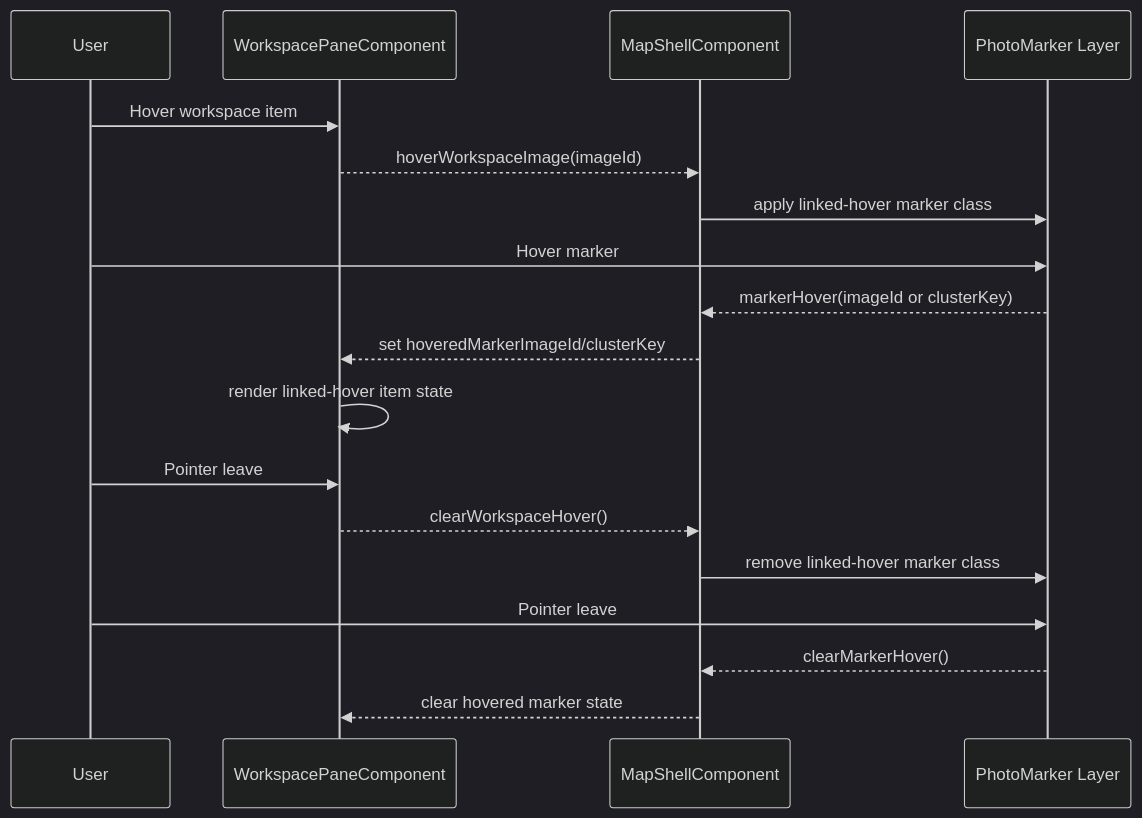
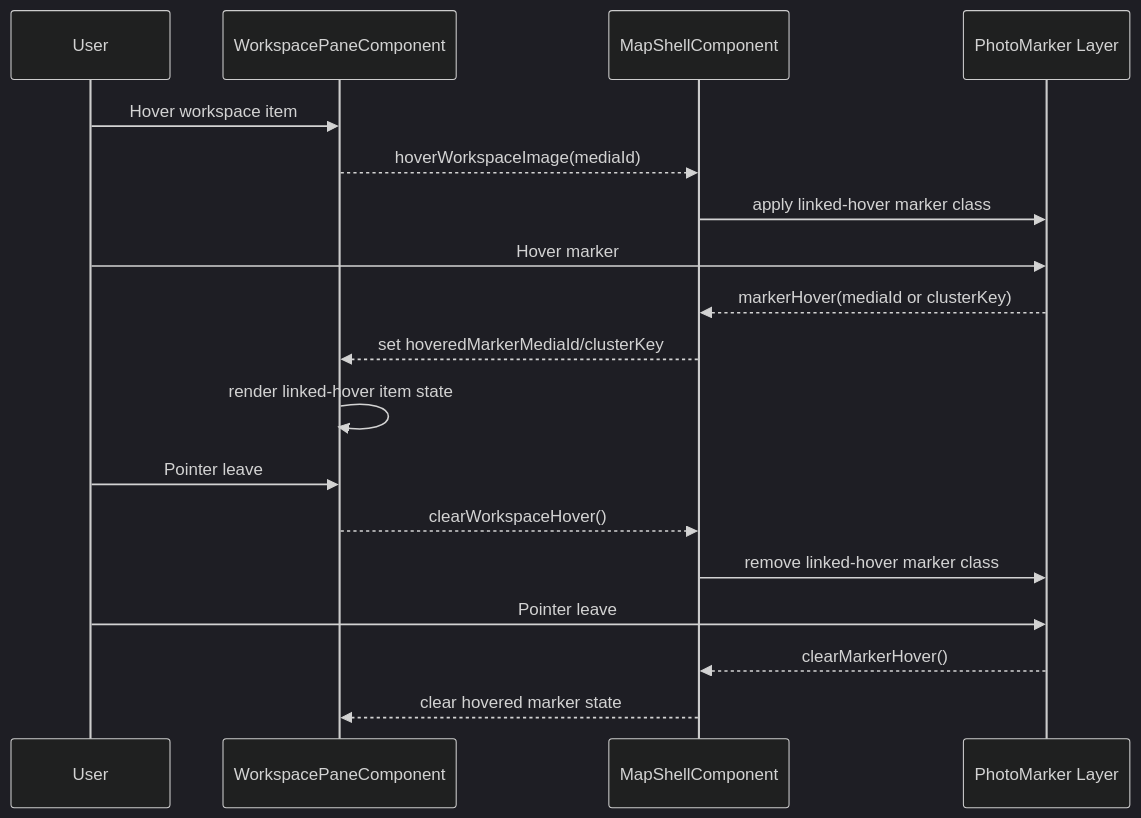
One commit to matkleve/feldpost changed the fifth of 5 diagrams in docs/element-specs/workspace-pane.md. Above: the diagram before and after it, drawn with Mermaid (dark theme). The commit also changed other lines of this file and 19 other files, not shown here.

First line of the commit message:
refactor: update references from imageId to mediaId across documentation

````diff
--- a/docs/element-specs/workspace-pane.md
+++ b/docs/element-specs/workspace-pane.md
@@ -250,24 +250,24 @@
 ```mermaid
 sequenceDiagram
   participant User
   participant Pane as WorkspacePaneComponent
   participant Shell as MapShellComponent
   participant Markers as PhotoMarker Layer
 
   User->>Pane: Hover workspace item
-  Pane-->>Shell: hoverWorkspaceImage(imageId)
+  Pane-->>Shell: hoverWorkspaceImage(mediaId)
   Shell->>Markers: apply linked-hover marker class
 
   User->>Markers: Hover marker
-  Markers-->>Shell: markerHover(imageId or clusterKey)
-  Shell-->>Pane: set hoveredMarkerImageId/clusterKey
+  Markers-->>Shell: markerHover(mediaId or clusterKey)
+  Shell-->>Pane: set hoveredMarkerMediaId/clusterKey
   Pane->>Pane: render linked-hover item state
 
   User->>Pane: Pointer leave
   Pane-->>Shell: clearWorkspaceHover()
   Shell->>Markers: remove linked-hover marker class
 
   User->>Markers: Pointer leave
   Markers-->>Shell: clearMarkerHover()
   Shell-->>Pane: clear hovered marker state
 ```
````
